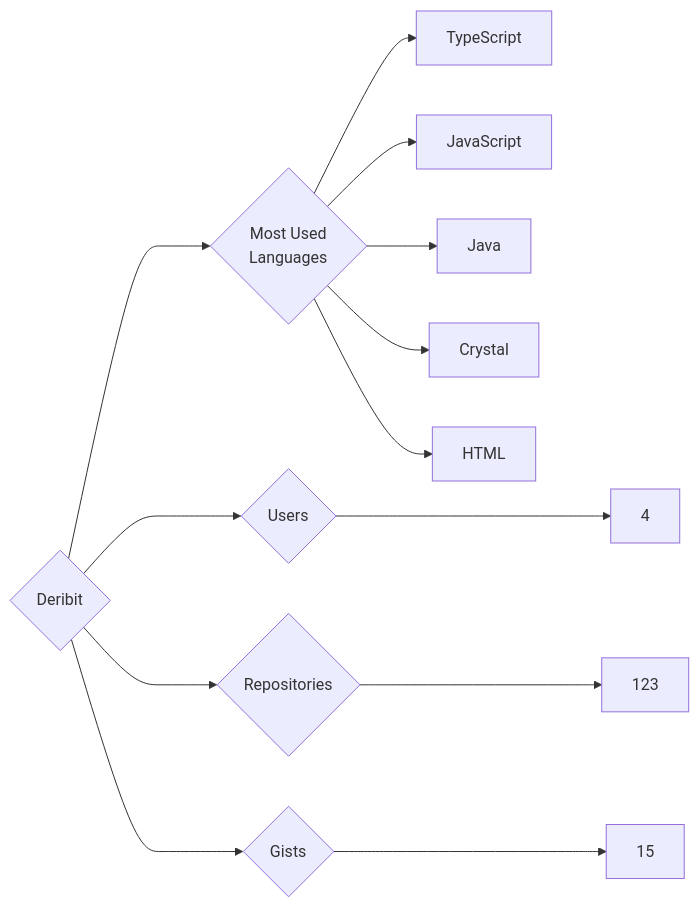
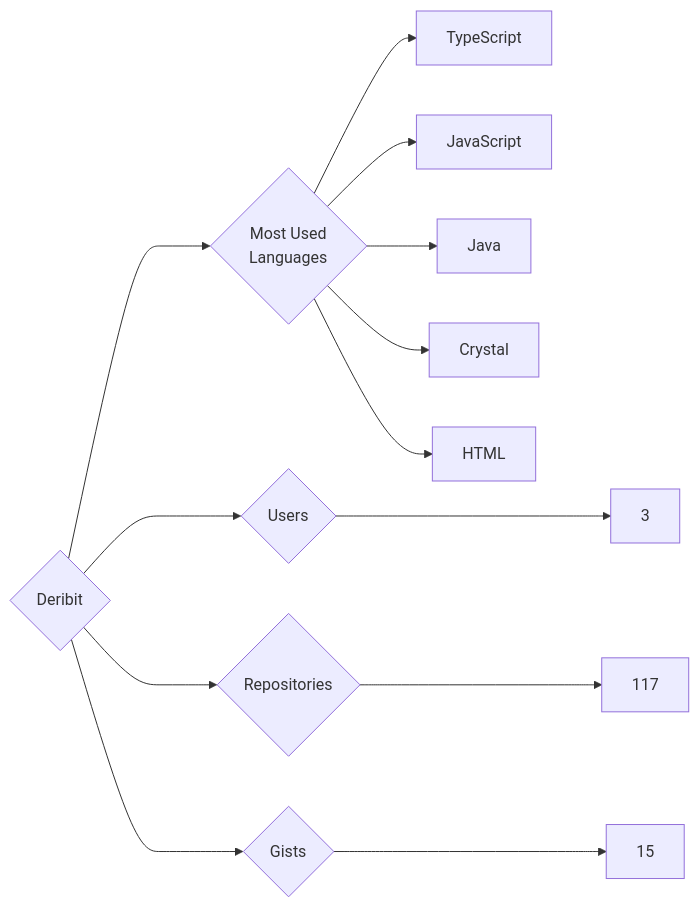
The diagram in targets/Deribit/README.md (trickest/insiders), drawn with Mermaid before and after one commit. The commit also changed 757 other files, not shown here.

````diff
--- a/targets/Deribit/README.md
+++ b/targets/Deribit/README.md
@@ -3,13 +3,13 @@
 ```mermaid
 graph LR
 COMPANY_NAME{Deribit}
-COMPANY_NAME ---> U{Users} ---> UN[4]
-COMPANY_NAME ---> R{Repositories} ---> RN[123]
+COMPANY_NAME ---> U{Users} ---> UN[3]
+COMPANY_NAME ---> R{Repositories} ---> RN[117]
 COMPANY_NAME ---> G{Gists} ---> GN[15]
 COMPANY_NAME ---> ML{Most Used<br>Languages}
 ML --> TypeScript[TypeScript]
 ML --> JavaScript[JavaScript]
 ML --> Java[Java]
 ML --> Crystal[Crystal]
 ML --> HTML[HTML]
 ```
````
